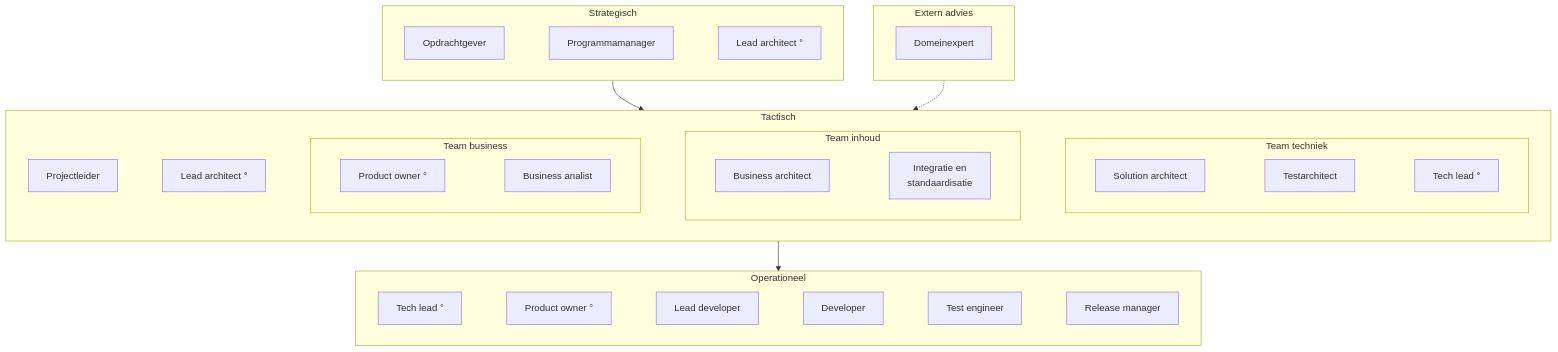
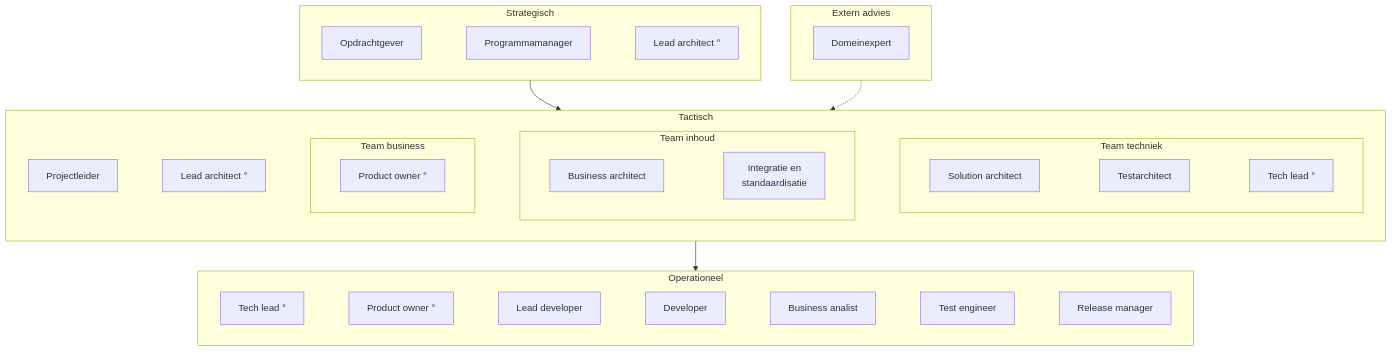
One commit to Npuls-OKx/meta changed the first of 2 diagrams in presentaties/src/260903_rollen.md. Above: the diagram before and after it, drawn with Mermaid. The commit also changed other lines of this file, not shown here.

First line of the commit message:
Analist naar operationeel, bronnen los onder het organogram

````diff
--- a/presentaties/src/260903_rollen.md
+++ b/presentaties/src/260903_rollen.md
@@ -42,36 +42,36 @@
 ```mermaid
 flowchart TB
   subgraph EX["Extern advies"]
     direction LR
     DE["Domeinexpert"]
   end
   subgraph S["Strategisch"]
     direction LR
     OG["Opdrachtgever"] ~~~ PM["Programmamanager"] ~~~ LA1["Lead architect °"]
   end
   subgraph T["Tactisch"]
     direction LR
     PL["Projectleider"]
     LA2["Lead architect °"]
     subgraph TB2["Team business"]
       direction LR
-      PO1["Product owner °"] ~~~ BA["Business analist"]
+      PO1["Product owner °"]
     end
     subgraph TI["Team inhoud"]
       direction LR
       BAR["Business architect"] ~~~ IS["Integratie en<br/>standaardisatie"]
     end
     subgraph TT["Team techniek"]
       direction LR
       SA["Solution architect"] ~~~ TA["Testarchitect"] ~~~ TL1["Tech lead °"]
     end
     PL ~~~ LA2 ~~~ TB2 ~~~ TI ~~~ TT
   end
   subgraph O["Operationeel"]
     direction LR
-    TL2["Tech lead °"] ~~~ PO2["Product owner °"] ~~~ LD["Lead developer"] ~~~ DEV["Developer"] ~~~ TE["Test engineer"] ~~~ RM["Release manager"]
+    TL2["Tech lead °"] ~~~ PO2["Product owner °"] ~~~ LD["Lead developer"] ~~~ DEV["Developer"] ~~~ BA["Business analist"] ~~~ TE["Test engineer"] ~~~ RM["Release manager"]
   end
   S --> T
   T --> O
   EX -.-> T
 ```
````
